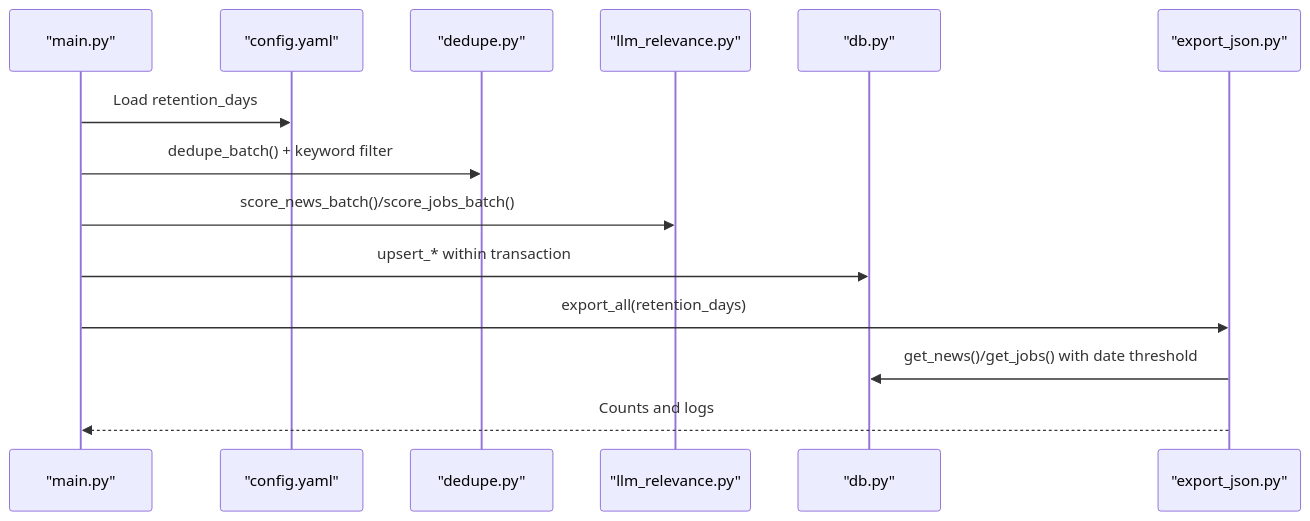
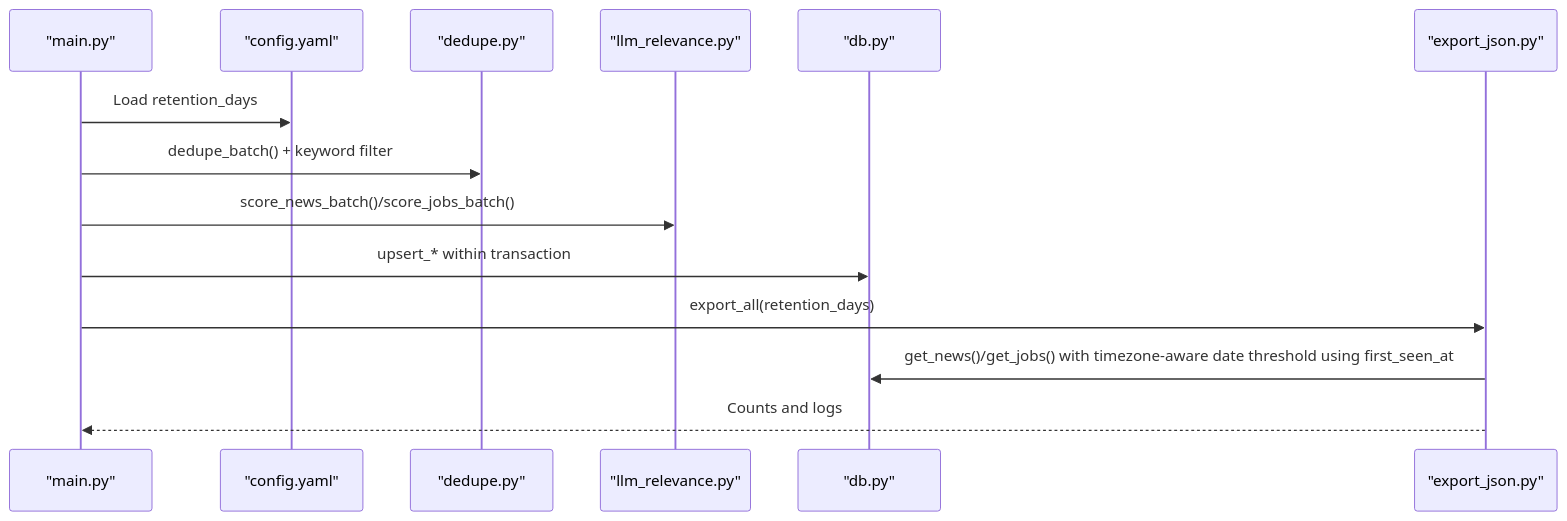
Before and after one commit to shakthi-vinayak/news: the fifth of 7 diagrams in .qoder/repowiki/en/content/Data Management/Data Lifecycle Management.md, drawn with Mermaid. The commit also changed other lines of this file and 37 other files, not shown here.

````diff
--- a/.qoder/repowiki/en/content/Data Management/Data Lifecycle Management.md
+++ b/.qoder/repowiki/en/content/Data Management/Data Lifecycle Management.md
@@ -229,16 +241,16 @@
 ```mermaid
 sequenceDiagram
 participant Main as "main.py"
 participant Cfg as "config.yaml"
 participant Dedup as "dedupe.py"
 participant LLM as "llm_relevance.py"
 participant DB as "db.py"
 participant Export as "export_json.py"
 Main->>Cfg : Load retention_days
 Main->>Dedup : dedupe_batch() + keyword filter
 Main->>LLM : score_news_batch()/score_jobs_batch()
 Main->>DB : upsert_* within transaction
 Main->>Export : export_all(retention_days)
-Export->>DB : get_news()/get_jobs() with date threshold
+Export->>DB : get_news()/get_jobs() with timezone-aware date threshold using first_seen_at
 Export-->>Main : Counts and logs
 ```
````
